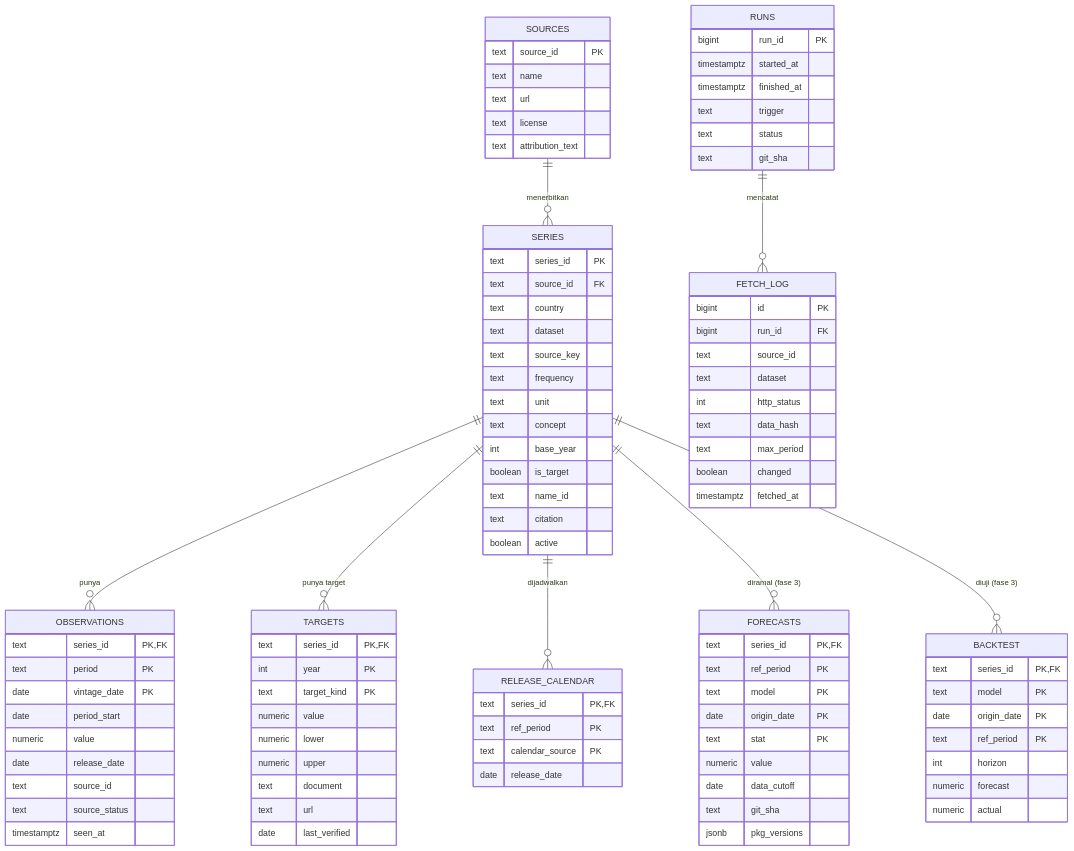
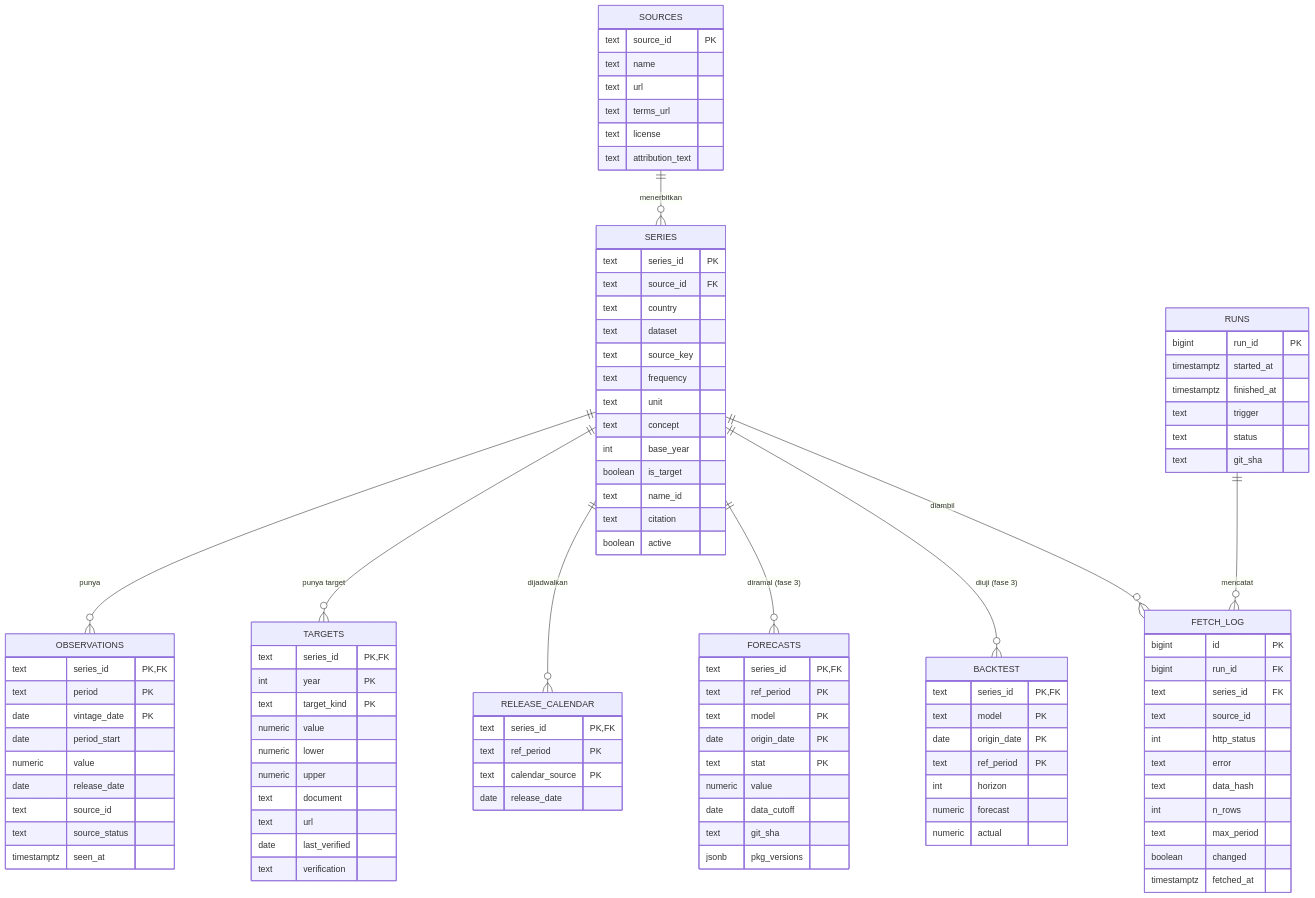
One commit to YonoBengkel/Con-Fore changed the first of 2 diagrams in SCHEMA.md. Above: the diagram before and after it, drawn with Mermaid. The commit also changed other lines of this file and 26 other files, not shown here.

```diff
--- a/SCHEMA.md
+++ b/SCHEMA.md
@@ -26,10 +26,12 @@
   SERIES ||--o{ FORECASTS : "diramal (fase 3)"
   SERIES ||--o{ BACKTEST : "diuji (fase 3)"
   RUNS ||--o{ FETCH_LOG : "mencatat"
+  SERIES ||--o{ FETCH_LOG : "diambil"
   SOURCES {
     text source_id PK
     text name
     text url
+    text terms_url
     text license
     text attribution_text
   }
@@ -69,6 +71,7 @@
     text document
     text url
     date last_verified
+    text verification
   }
   RELEASE_CALENDAR {
     text series_id PK, FK
@@ -107,10 +110,12 @@
   FETCH_LOG {
     bigint id PK
     bigint run_id FK
+    text series_id FK
     text source_id
-    text dataset
     int http_status
+    text error
     text data_hash
+    int n_rows
     text max_period
     boolean changed
     timestamptz fetched_at
```
